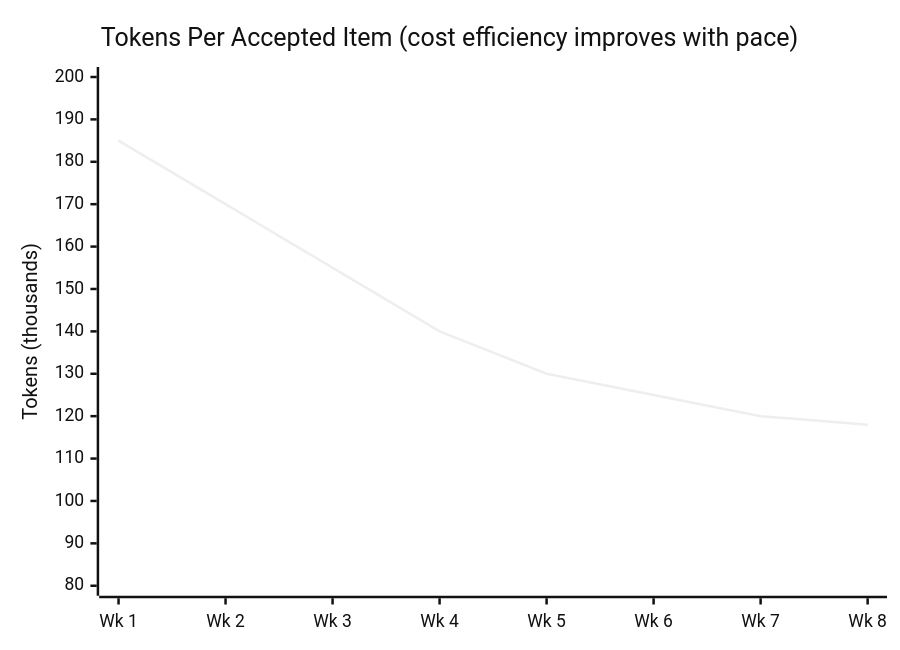
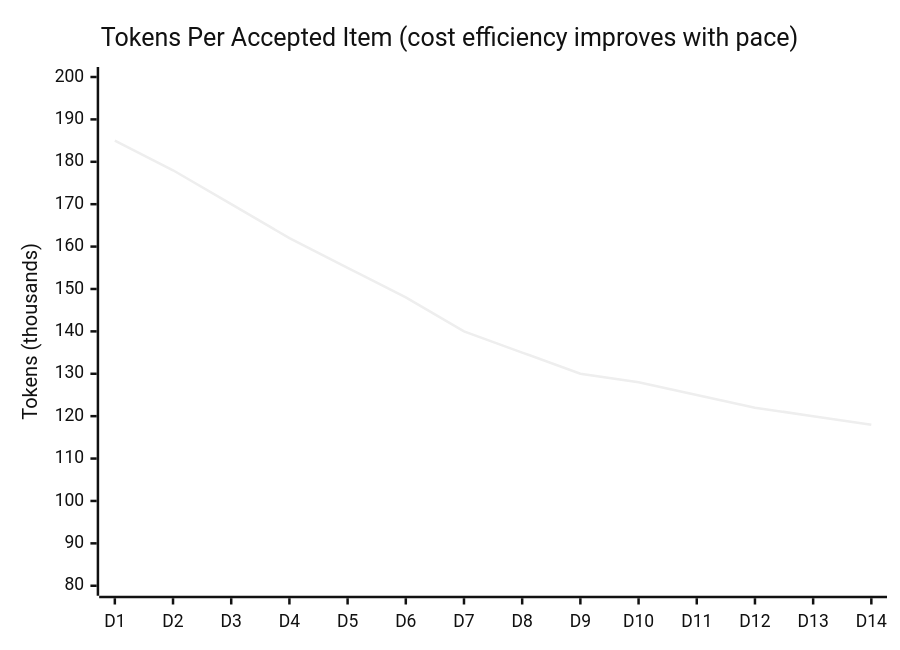
One commit to rdunie/venutian-antfarm changed diagram 12 of 15 in docs/METRICS-GUIDE.md. Above: the diagram before and after it, drawn with Mermaid (neutral theme). The commit also changed other lines of this file, not shown here.

````diff
--- a/docs/METRICS-GUIDE.md
+++ b/docs/METRICS-GUIDE.md
@@ -440,7 +440,7 @@
 ```mermaid
 xychart-beta
     title "Tokens Per Accepted Item (cost efficiency improves with pace)"
-    x-axis ["Wk 1", "Wk 2", "Wk 3", "Wk 4", "Wk 5", "Wk 6", "Wk 7", "Wk 8"]
+    x-axis ["D1", "D2", "D3", "D4", "D5", "D6", "D7", "D8", "D9", "D10", "D11", "D12", "D13", "D14"]
     y-axis "Tokens (thousands)" 80 --> 200
-    line [185, 170, 155, 140, 130, 125, 120, 118]
+    line [185, 178, 170, 162, 155, 148, 140, 135, 130, 128, 125, 122, 120, 118]
 ```
````
